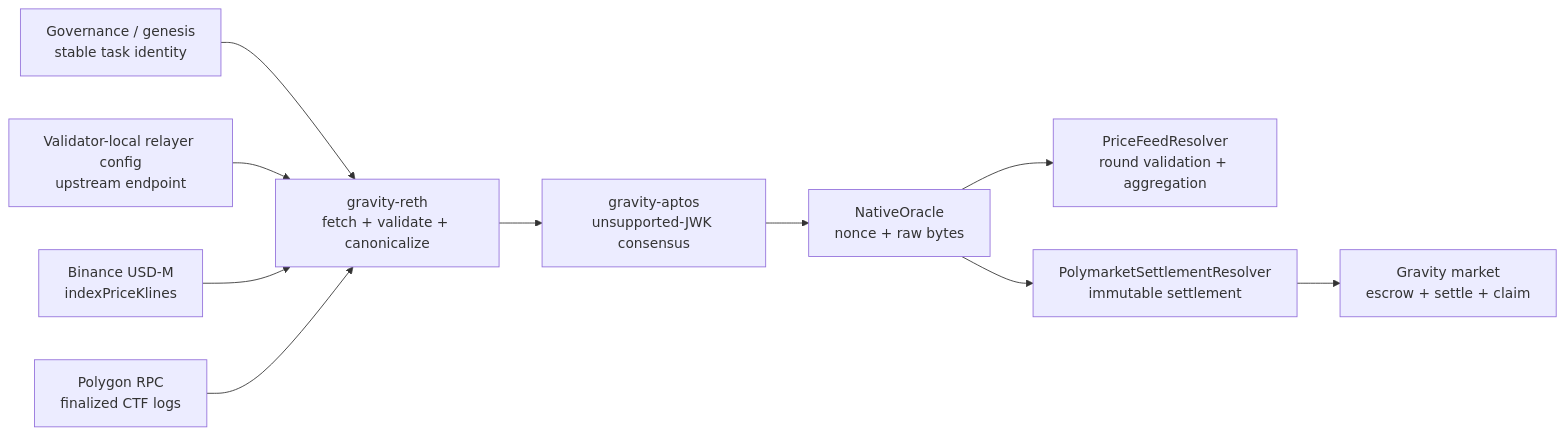
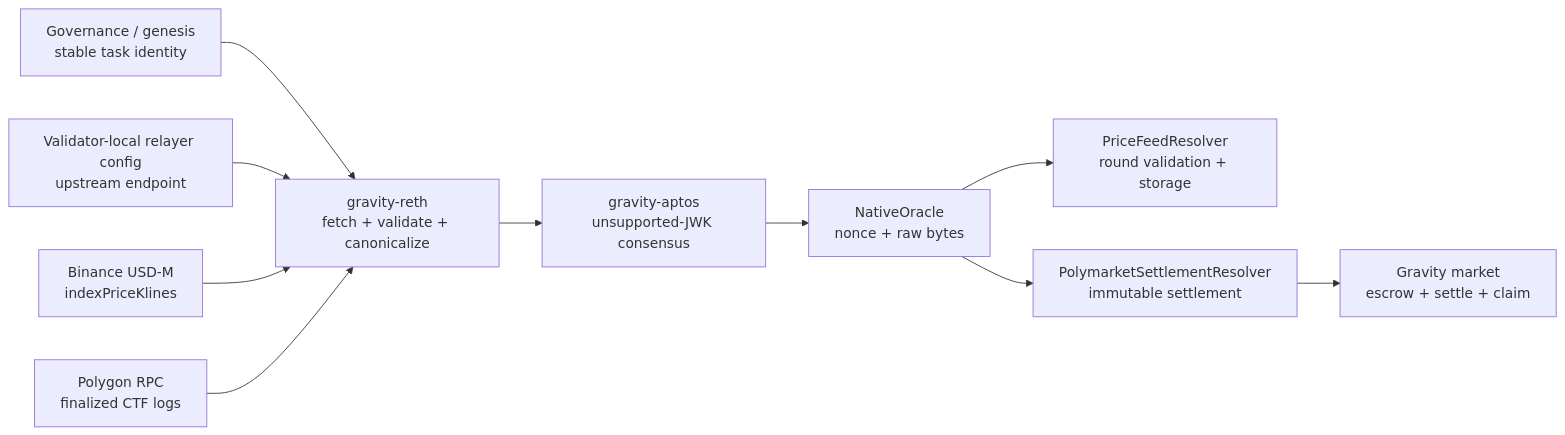
One commit to Galxe/gravity_chain_core_contracts changed the first of 3 diagrams in docs/oracle_workflow.md. Above: the diagram before and after it, drawn with Mermaid. The commit also changed other lines of this file and 12 other files, not shown here.

````diff
--- a/docs/oracle_workflow.md
+++ b/docs/oracle_workflow.md
@@ -23,21 +21,21 @@
 ```mermaid
 flowchart LR
     Governance["Governance / genesis\nstable task identity"]
     LocalConfig["Validator-local relayer config\nupstream endpoint"]
     Binance["Binance USD-M\nindexPriceKlines"]
     Polygon["Polygon RPC\nfinalized CTF logs"]
     Reth["gravity-reth\nfetch + validate + canonicalize"]
     Aptos["gravity-aptos\nunsupported-JWK consensus"]
     Native["NativeOracle\nnonce + raw bytes"]
-    Price["PriceFeedResolver\nround validation + aggregation"]
+    Price["PriceFeedResolver\nround validation + storage"]
     Settlement["PolymarketSettlementResolver\nimmutable settlement"]
     Market["Gravity market\nescrow + settle + claim"]
 
     Governance --> Reth
     LocalConfig --> Reth
     Binance --> Reth
     Polygon --> Reth
     Reth --> Aptos --> Native
     Native --> Price
     Native --> Settlement --> Market
 ```
````
